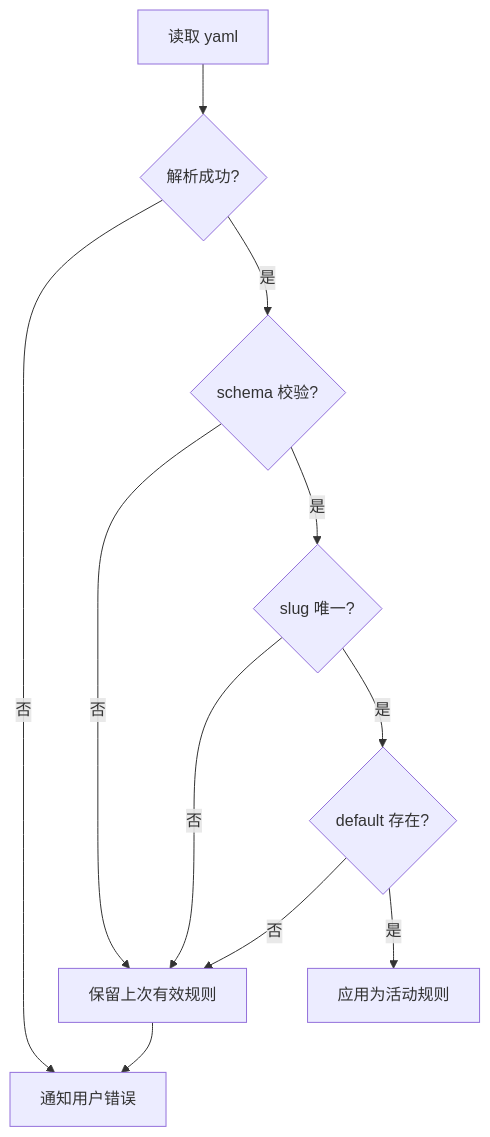
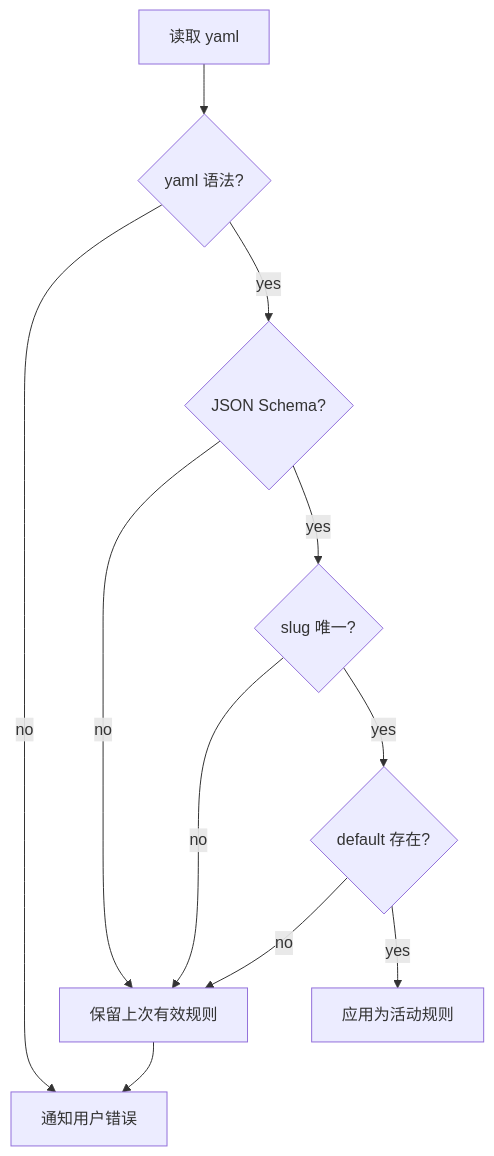
Before and after one commit to AreaSong/AreaMatrix: the second of 3 diagrams in docs/api/classifier-yaml.md, drawn with Mermaid. The commit also changed other lines of this file and 18 other files, not shown here.

````diff
--- a/docs/api/classifier-yaml.md
+++ b/docs/api/classifier-yaml.md
@@ -129,22 +473,22 @@
 ```mermaid
 flowchart TB
     Read[读取 yaml]
-    Parse{解析成功?}
-    Validate{schema 校验?}
+    Parse{yaml 语法?}
+    Schema{JSON Schema?}
     SlugUnique{slug 唯一?}
-    DefaultExists{default 存在?}
+    DefExists{default 存在?}
     Apply[应用为活动规则]
     KeepOld[保留上次有效规则]
     Notify[通知用户错误]
 
     Read --> Parse
-    Parse -->|否| Notify
-    Parse -->|是| Validate
-    Validate -->|否| KeepOld
-    Validate -->|是| SlugUnique
-    SlugUnique -->|否| KeepOld
-    SlugUnique -->|是| DefaultExists
-    DefaultExists -->|否| KeepOld
-    DefaultExists -->|是| Apply
+    Parse -->|no| Notify
+    Parse -->|yes| Schema
+    Schema -->|no| KeepOld
+    Schema -->|yes| SlugUnique
+    SlugUnique -->|no| KeepOld
+    SlugUnique -->|yes| DefExists
+    DefExists -->|no| KeepOld
+    DefExists -->|yes| Apply
     KeepOld --> Notify
 ```
````
